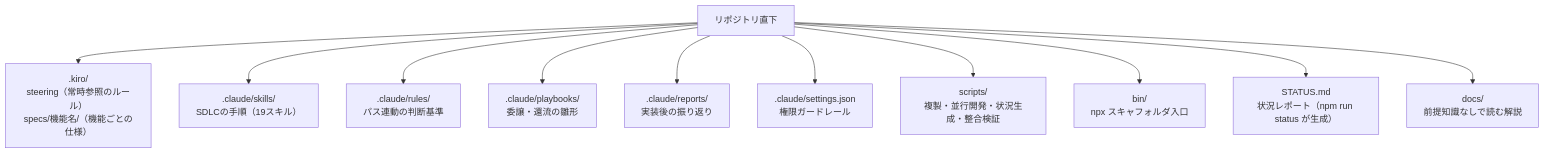
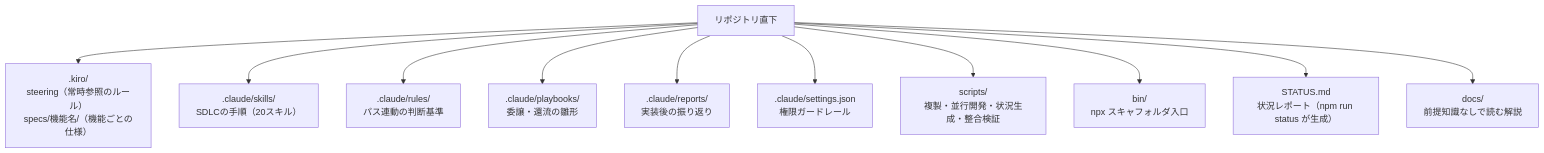
Before and after one commit to kumamoto-kouki/conductor-sdlc-template: the fourth of 4 diagrams in README.md, drawn with Mermaid. The commit also changed other lines of this file and 17 other files, not shown here.

````diff
--- a/README.md
+++ b/README.md
@@ -126,14 +128,14 @@
 ```mermaid
 flowchart TD
     ROOT["リポジトリ直下"]
     ROOT --> KIRO[".kiro/<br/>steering（常時参照のルール）<br/>specs/機能名/（機能ごとの仕様）"]
-    ROOT --> SKILLS[".claude/skills/<br/>SDLCの手順（19スキル）"]
+    ROOT --> SKILLS[".claude/skills/<br/>SDLCの手順（20スキル）"]
     ROOT --> RULESD[".claude/rules/<br/>パス連動の判断基準"]
     ROOT --> PLAYBOOKS[".claude/playbooks/<br/>委譲・還流の雛形"]
     ROOT --> REPORTSD[".claude/reports/<br/>実装後の振り返り"]
     ROOT --> SETTINGSD[".claude/settings.json<br/>権限ガードレール"]
     ROOT --> SCRIPTSD["scripts/<br/>複製・並行開発・状況生成・整合検証"]
     ROOT --> BIND["bin/<br/>npx スキャフォルダ入口"]
     ROOT --> STATUSF["STATUS.md<br/>状況レポート（npm run status が生成）"]
     ROOT --> DOCSD["docs/<br/>前提知識なしで読む解説"]
 ```
````
